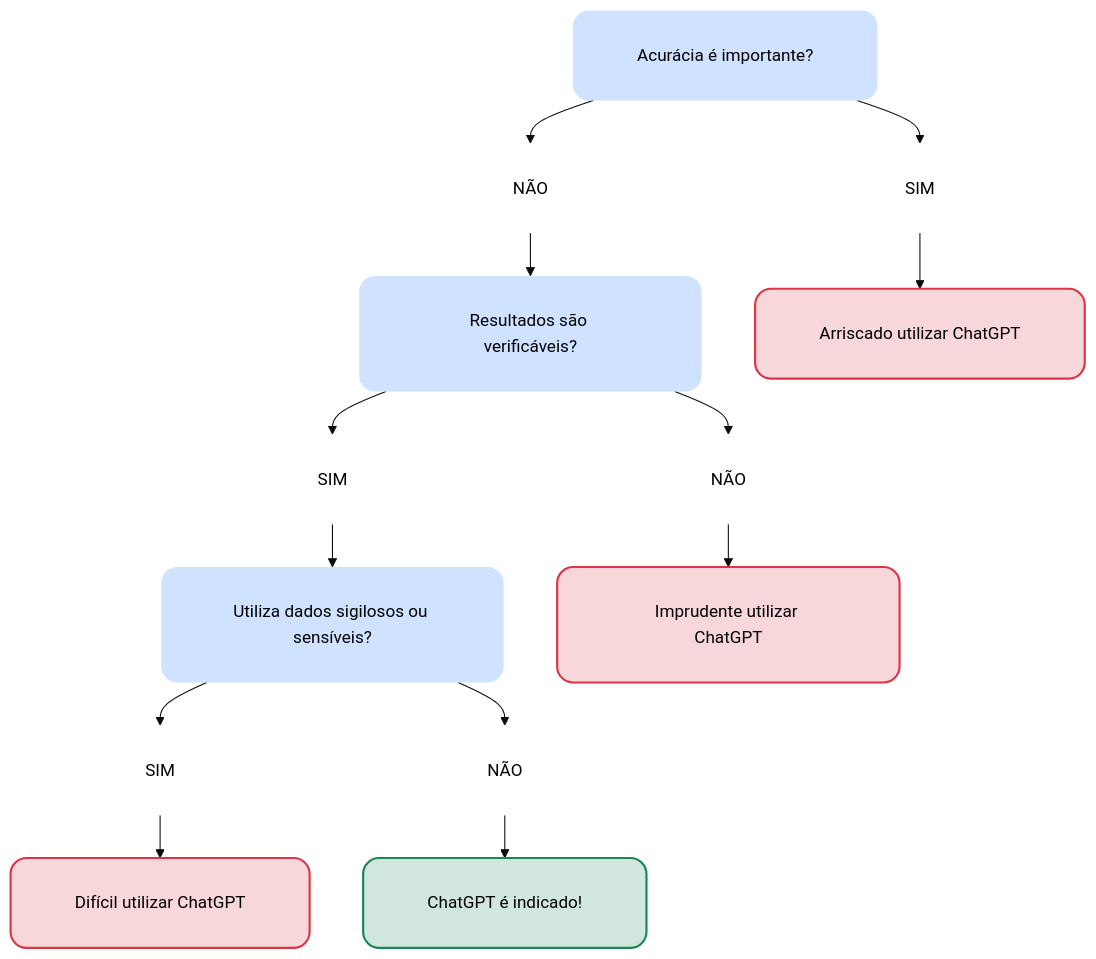
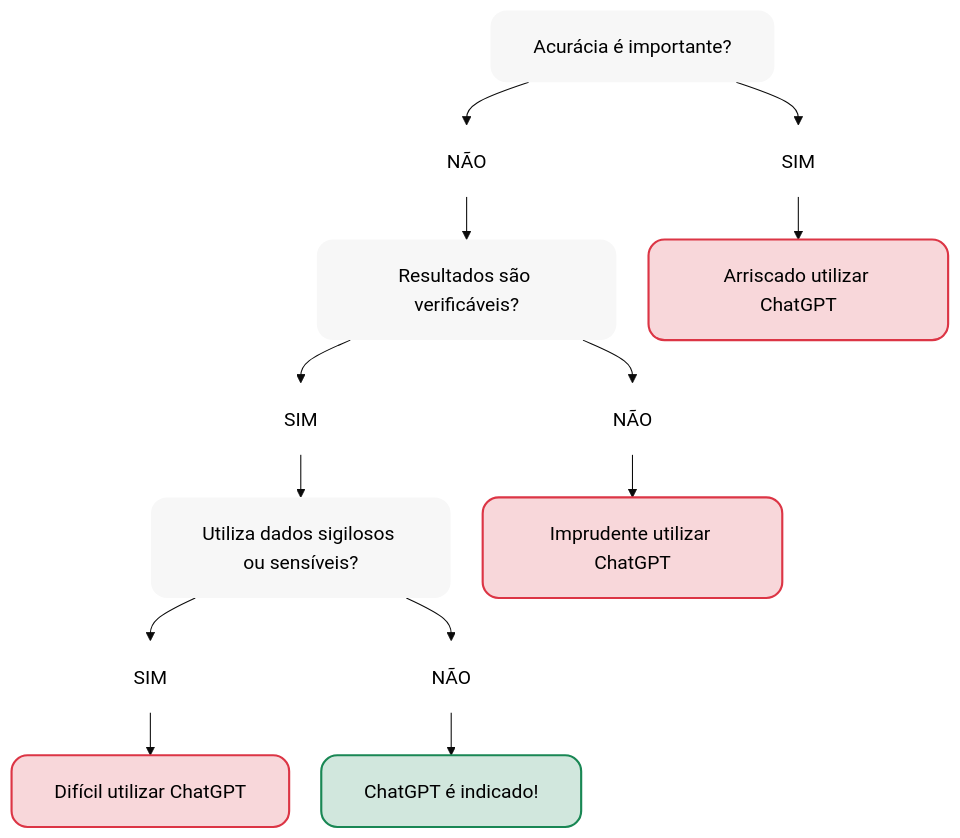
One commit to danilosouza-usp/eae1106 changed the diagram in inteligencia_artificial.qmd. Above: the diagram before and after it, drawn with Mermaid. The commit also changed other lines of this file and 17 other files, not shown here.

````diff
--- a/inteligencia_artificial.qmd
+++ b/inteligencia_artificial.qmd
@@ -63,60 +69,60 @@
 ```{mermaid}
 %%{init: {
   "theme": "base",
   "flowchart": {
-    "padding": 30,
-    "nodeSpacing": 50,
+    "padding": 20,
+    "nodeSpacing": 30,
     "rankSpacing": 40
   },
   "themeVariables": {
-    "fontSize": "16px"
+    "fontSize": "18px"
   }
 }}%%
 
 flowchart TB
     A[Acurácia é importante?]
     B[Resultados são verificáveis?] 
     C[Utiliza dados sigilosos ou sensíveis?]
     D[ChatGPT é indicado!]
     N1[Arriscado utilizar ChatGPT]
     N2[Imprudente utilizar ChatGPT]
     N3[Difícil utilizar ChatGPT]
 
     s1["SIM"]
     n1["NÃO"]
     s2["SIM"]
     n2["NÃO"]
     s3["SIM"]
     n3["NÃO"]
 
     A --> s1 --> N1
     A --> n1 --> B
 
     B --> n2 --> N2
     B --> s2 --> C
 
     C --> s3 --> N3
     C --> n3 --> D
 
     %% Estilo opcional para reforçar aparência de árvore de decisão
-    classDef decision fill:#cfe2ff,color:#000000,stroke:#0d6efd,stroke-width:0px;
+    classDef decision fill:#f7f7f7,color:#000000,stroke-width:0px;
     classDef allow fill:#d1e7dd,color:#000000,stroke:#198754,stroke-width:2px
     classDef deny fill:#f8d7da,color:#000000,stroke:#dc3545,stroke-width:2px;
     classDef choice fill:#ffffff,color:#000000,stroke:#ffffff,stroke-width:0px;
 
     class A,B,C decision;
     class D allow;
     class N1,N2,N3 deny;
     class s1,n1,s2,n2,s3,n3 choice;
 
     %% Arredondamento
     style A rx:15,ry:15;
     style B rx:15,ry:15
     style C rx:15,ry:15
     style D rx:15,ry:15
     style N1 rx:15,ry:15
     style N2 rx:15,ry:15
     style N3 rx:15,ry:15
 
     linkStyle default stroke-width:1px
 ```
````
